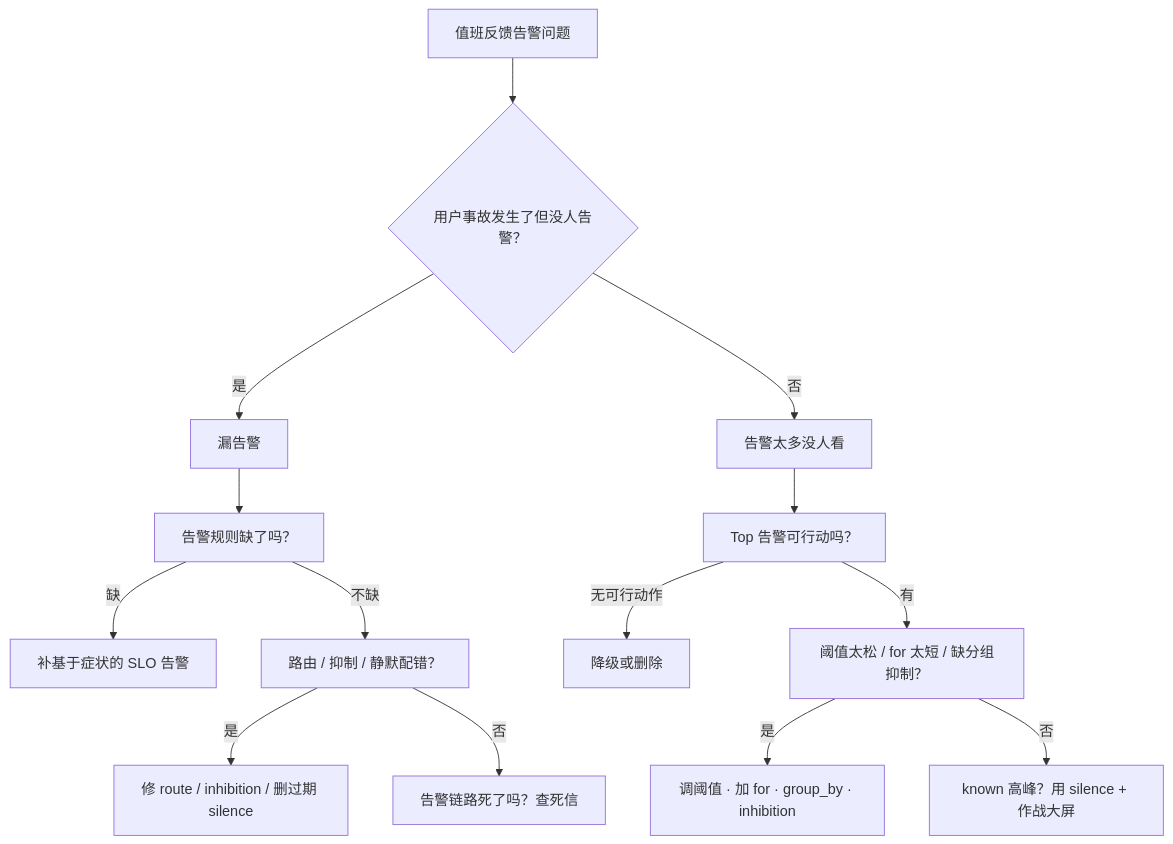
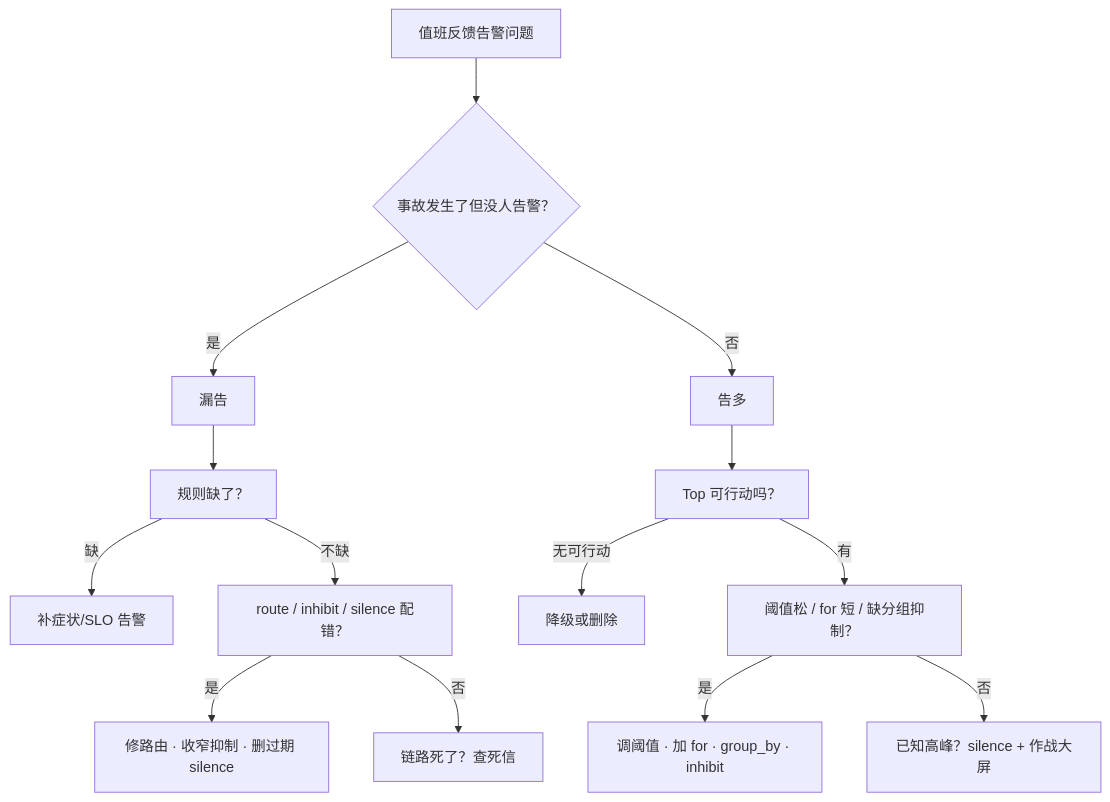
One commit to ml-cuizijun/LearnToLilith changed the fifth of 5 diagrams in 09-可观测性与SRE方法论/03-告警设计与降噪/知识点.md. Above: the diagram before and after it, drawn with Mermaid. The commit also changed other lines of this file and 178 other files, not shown here.

````diff
--- a/09-可观测性与SRE方法论/03-告警设计与降噪/知识点.md
+++ b/09-可观测性与SRE方法论/03-告警设计与降噪/知识点.md
@@ -504,14 +386,14 @@
 ```mermaid
 flowchart TB
-    A["值班反馈告警问题"] --> B{"用户事故发生了但没人告警？"}
-    B -->|是| C["漏告警"] --> C1["告警规则缺了吗？"]
-    B -->|否| D["告警太多没人看"] --> D1["Top 告警可行动吗？"]
-    C1 -->|缺| C2["补基于症状的 SLO 告警"]
-    C1 -->|不缺| C3["路由 / 抑制 / 静默配错？"]
-    C3 -->|是| C4["修 route / inhibition / 删过期 silence"]
-    C3 -->|否| C5["告警链路死了吗？查死信"]
-    D1 -->|无可行动作| D2["降级或删除"]
-    D1 -->|有| D3["阈值太松 / for 太短 / 缺分组抑制？"]
-    D3 -->|是| D4["调阈值 · 加 for · group_by · inhibition"]
-    D3 -->|否| D5[" known 高峰？用 silence + 作战大屏"]
+    A["值班反馈告警问题"] --> B{"事故发生了但没人告警？"}
+    B -->|是| C["漏告"] --> C1["规则缺了？"]
+    B -->|否| D["告多"] --> D1["Top 可行动吗？"]
+    C1 -->|缺| C2["补症状/SLO 告警"]
+    C1 -->|不缺| C3["route / inhibit / silence 配错？"]
+    C3 -->|是| C4["修路由 · 收窄抑制 · 删过期 silence"]
+    C3 -->|否| C5["链路死了？查死信"]
+    D1 -->|无可行动| D2["降级或删除"]
+    D1 -->|有| D3["阈值松 / for 短 / 缺分组抑制？"]
+    D3 -->|是| D4["调阈值 · 加 for · group_by · inhibit"]
+    D3 -->|否| D5["已知高峰？silence + 作战大屏"]
 ```
````
